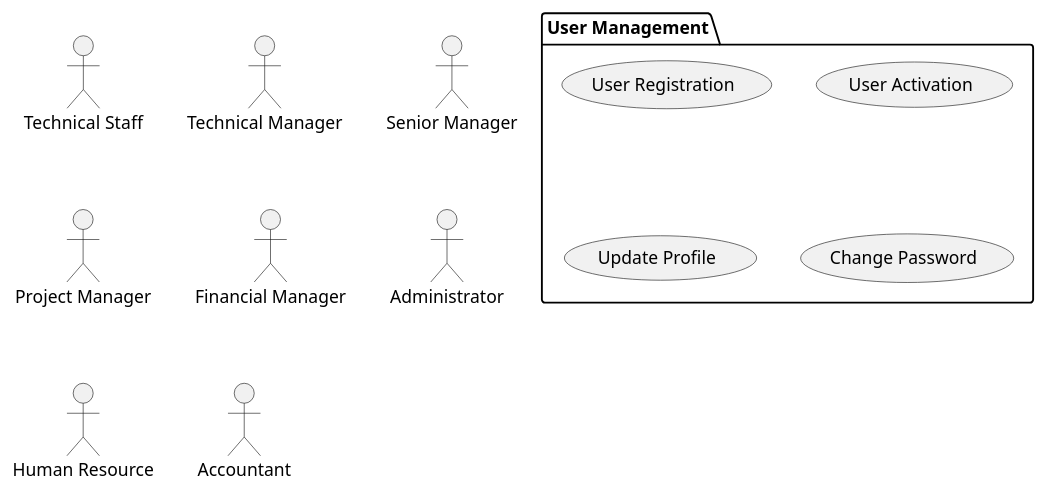
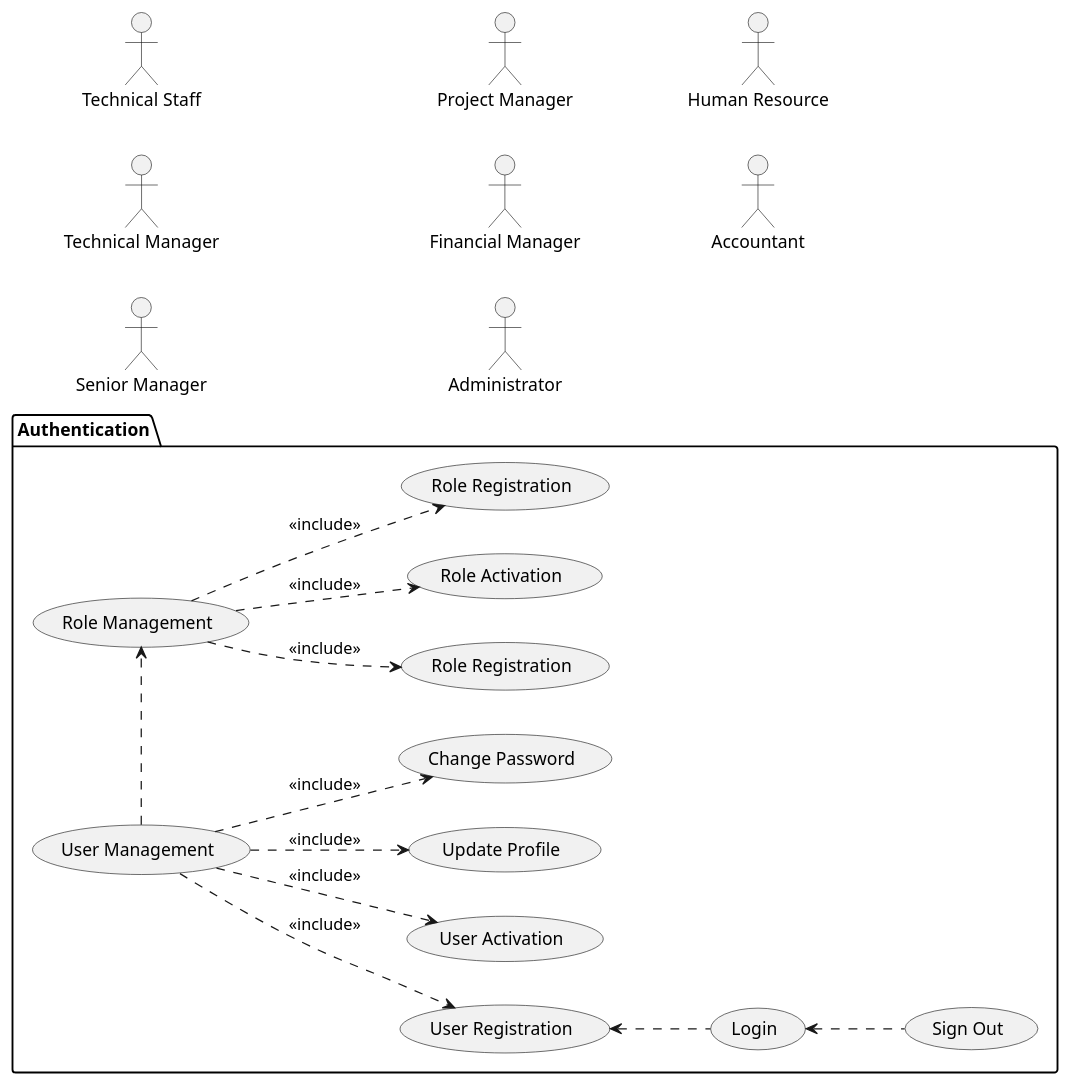
The diagram in HorizonUml/UseCase/UseCaseDiagram.puml (mahyaresteki/Horizon), drawn with PlantUML before and after one commit.

```diff
--- a/HorizonUml/UseCase/UseCaseDiagram.puml
+++ b/HorizonUml/UseCase/UseCaseDiagram.puml
@@ -1,19 +1,40 @@
 @startuml
+left to right direction
 
 :Technical Staff: as TechnicalStaff
 :Technical Manager: as TechnicalManager
 :Senior Manager: as SeniorManager
 :Project Manager: as PMO
 :Financial Manager: as Fmanager
 :Administrator: as Admin
 :Human Resource: as HR
 :Accountant: as Accountant
 
-package "User Management"{
+package "Authentication"{
+    usecase "Role Management" as roleManagement
+    usecase "Role Registration" as roleRegistration
+    usecase "Role Registration" as roleUpdate
+    usecase "Role Activation" as roleActivation
+    usecase "User Management" as userManagement
     usecase "User Registration" as userRegistration
     usecase "User Activation" as userActivation
     usecase "Update Profile" as updateProfile
     usecase "Change Password" as changePassword
+    usecase "Login" as login 
+    usecase "Sign Out" as signOut 
 }
 
+userManagement .> roleManagement
+
+roleManagement ..> roleRegistration : <<include>>
+roleManagement ..> roleUpdate : <<include>>
+roleManagement ..> roleActivation : <<include>>
+userManagement ..> userRegistration :<<include>>
+userManagement ..> userActivation :<<include>>
+userManagement ..> updateProfile :<<include>>
+userManagement ..> changePassword :<<include>>
+
+userRegistration <.. login
+login <.. signOut
+
 @enduml
```
